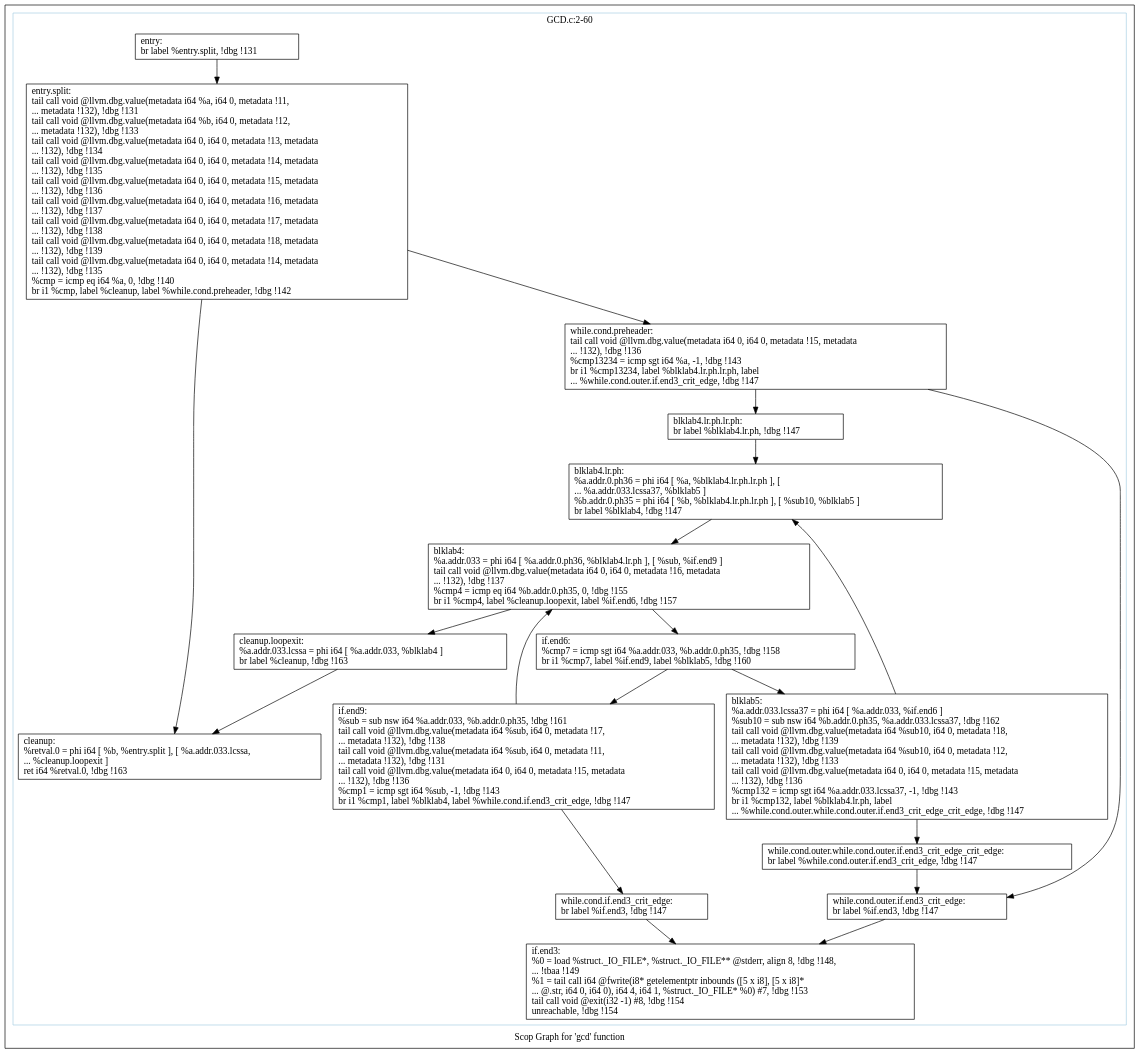
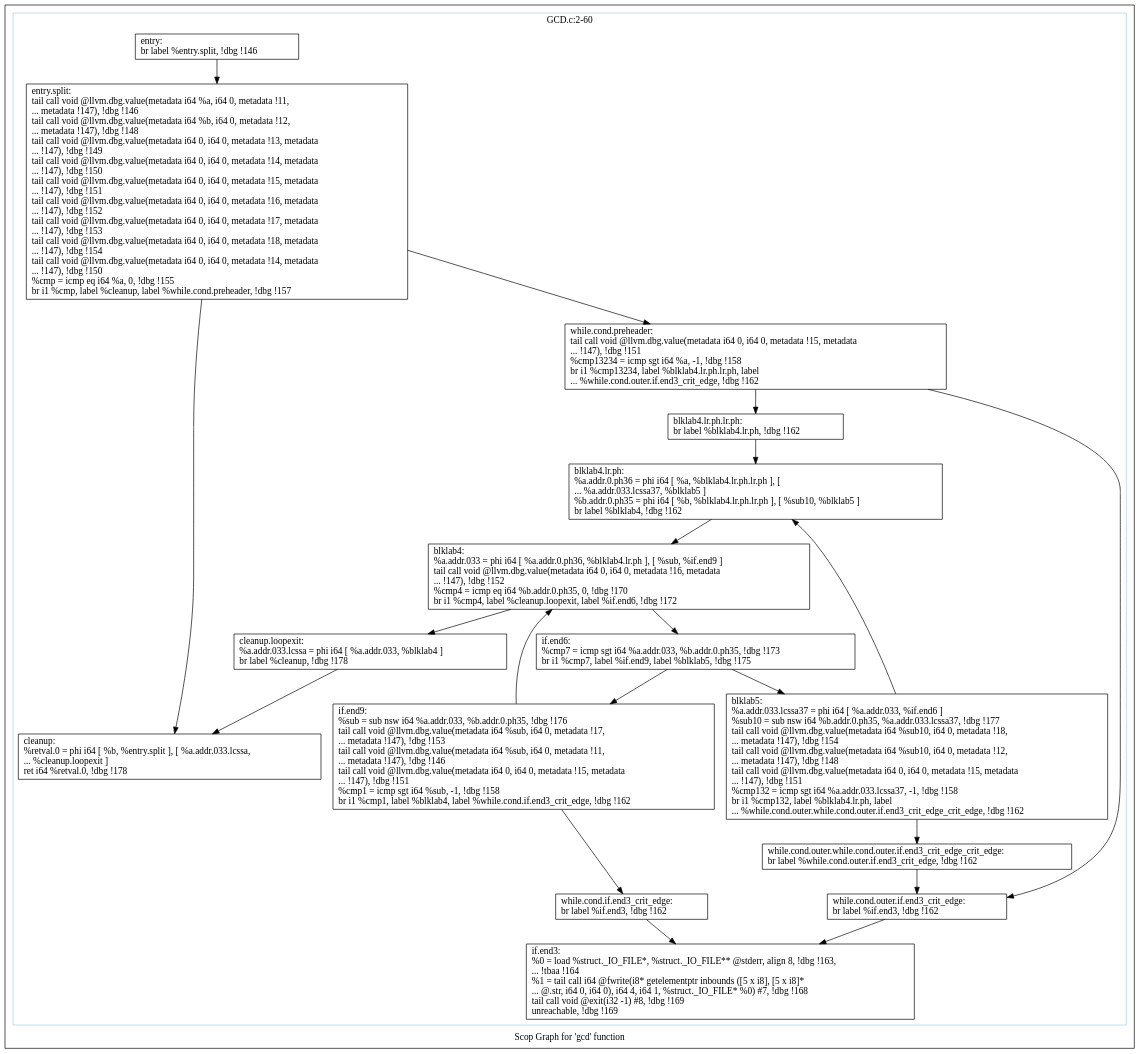
Before and after one commit to samminweng/WhileyOpenCL: the diagram in polly/GCD/impl/autogenerate/dot/scops.gcd.dot, drawn with Graphviz. The commit also changed 44 other files, not shown here.

```diff
--- a/polly/GCD/impl/autogenerate/dot/scops.gcd.dot
+++ b/polly/GCD/impl/autogenerate/dot/scops.gcd.dot
@@ -1,60 +1,60 @@
 digraph "Scop Graph for 'gcd' function" {
 	label="Scop Graph for 'gcd' function";
 
-	Node0xa42c890 [shape=record,label="{entry:\l  br label %entry.split, !dbg !131\l}"];
-	Node0xa42c890 -> Node0xa42ee10;
-	Node0xa42ee10 [shape=record,label="{entry.split:                                      \l  tail call void @llvm.dbg.value(metadata i64 %a, i64 0, metadata !11,\l... metadata !132), !dbg !131\l  tail call void @llvm.dbg.value(metadata i64 %b, i64 0, metadata !12,\l... metadata !132), !dbg !133\l  tail call void @llvm.dbg.value(metadata i64 0, i64 0, metadata !13, metadata\l... !132), !dbg !134\l  tail call void @llvm.dbg.value(metadata i64 0, i64 0, metadata !14, metadata\l... !132), !dbg !135\l  tail call void @llvm.dbg.value(metadata i64 0, i64 0, metadata !15, metadata\l... !132), !dbg !136\l  tail call void @llvm.dbg.value(metadata i64 0, i64 0, metadata !16, metadata\l... !132), !dbg !137\l  tail call void @llvm.dbg.value(metadata i64 0, i64 0, metadata !17, metadata\l... !132), !dbg !138\l  tail call void @llvm.dbg.value(metadata i64 0, i64 0, metadata !18, metadata\l... !132), !dbg !139\l  tail call void @llvm.dbg.value(metadata i64 0, i64 0, metadata !14, metadata\l... !132), !dbg !135\l  %cmp = icmp eq i64 %a, 0, !dbg !140\l  br i1 %cmp, label %cleanup, label %while.cond.preheader, !dbg !142\l}"];
-	Node0xa42ee10 -> Node0xa440b20;
-	Node0xa42ee10 -> Node0xa413b50;
-	Node0xa440b20 [shape=record,label="{cleanup:                                          \l  %retval.0 = phi i64 [ %b, %entry.split ], [ %a.addr.033.lcssa,\l... %cleanup.loopexit ]\l  ret i64 %retval.0, !dbg !163\l}"];
-	Node0xa413b50 [shape=record,label="{while.cond.preheader:                             \l  tail call void @llvm.dbg.value(metadata i64 0, i64 0, metadata !15, metadata\l... !132), !dbg !136\l  %cmp13234 = icmp sgt i64 %a, -1, !dbg !143\l  br i1 %cmp13234, label %blklab4.lr.ph.lr.ph, label\l... %while.cond.outer.if.end3_crit_edge, !dbg !147\l}"];
-	Node0xa413b50 -> Node0xa454940;
-	Node0xa413b50 -> Node0xa46b7a0;
-	Node0xa454940 [shape=record,label="{blklab4.lr.ph.lr.ph:                              \l  br label %blklab4.lr.ph, !dbg !147\l}"];
-	Node0xa454940 -> Node0xa41a230;
-	Node0xa41a230 [shape=record,label="{blklab4.lr.ph:                                    \l  %a.addr.0.ph36 = phi i64 [ %a, %blklab4.lr.ph.lr.ph ], [\l... %a.addr.033.lcssa37, %blklab5 ]\l  %b.addr.0.ph35 = phi i64 [ %b, %blklab4.lr.ph.lr.ph ], [ %sub10, %blklab5 ]\l  br label %blklab4, !dbg !147\l}"];
-	Node0xa41a230 -> Node0xa41afb0;
-	Node0xa41afb0 [shape=record,label="{blklab4:                                          \l  %a.addr.033 = phi i64 [ %a.addr.0.ph36, %blklab4.lr.ph ], [ %sub, %if.end9 ]\l  tail call void @llvm.dbg.value(metadata i64 0, i64 0, metadata !16, metadata\l... !132), !dbg !137\l  %cmp4 = icmp eq i64 %b.addr.0.ph35, 0, !dbg !155\l  br i1 %cmp4, label %cleanup.loopexit, label %if.end6, !dbg !157\l}"];
-	Node0xa41afb0 -> Node0xa46abf0;
-	Node0xa41afb0 -> Node0xa4420f0;
-	Node0xa46abf0 [shape=record,label="{cleanup.loopexit:                                 \l  %a.addr.033.lcssa = phi i64 [ %a.addr.033, %blklab4 ]\l  br label %cleanup, !dbg !163\l}"];
-	Node0xa46abf0 -> Node0xa440b20;
-	Node0xa4420f0 [shape=record,label="{if.end6:                                          \l  %cmp7 = icmp sgt i64 %a.addr.033, %b.addr.0.ph35, !dbg !158\l  br i1 %cmp7, label %if.end9, label %blklab5, !dbg !160\l}"];
-	Node0xa4420f0 -> Node0xa4f3720;
-	Node0xa4420f0 -> Node0xa418920;
-	Node0xa4f3720 [shape=record,label="{if.end9:                                          \l  %sub = sub nsw i64 %a.addr.033, %b.addr.0.ph35, !dbg !161\l  tail call void @llvm.dbg.value(metadata i64 %sub, i64 0, metadata !17,\l... metadata !132), !dbg !138\l  tail call void @llvm.dbg.value(metadata i64 %sub, i64 0, metadata !11,\l... metadata !132), !dbg !131\l  tail call void @llvm.dbg.value(metadata i64 0, i64 0, metadata !15, metadata\l... !132), !dbg !136\l  %cmp1 = icmp sgt i64 %sub, -1, !dbg !143\l  br i1 %cmp1, label %blklab4, label %while.cond.if.end3_crit_edge, !dbg !147\l}"];
-	Node0xa4f3720 -> Node0xa41afb0;
-	Node0xa4f3720 -> Node0xa447630;
-	Node0xa447630 [shape=record,label="{while.cond.if.end3_crit_edge:                     \l  br label %if.end3, !dbg !147\l}"];
-	Node0xa447630 -> Node0xa435ca0;
-	Node0xa435ca0 [shape=record,label="{if.end3:                                          \l  %0 = load %struct._IO_FILE*, %struct._IO_FILE** @stderr, align 8, !dbg !148,\l... !tbaa !149\l  %1 = tail call i64 @fwrite(i8* getelementptr inbounds ([5 x i8], [5 x i8]*\l... @.str, i64 0, i64 0), i64 4, i64 1, %struct._IO_FILE* %0) #7, !dbg !153\l  tail call void @exit(i32 -1) #8, !dbg !154\l  unreachable, !dbg !154\l}"];
-	Node0xa418920 [shape=record,label="{blklab5:                                          \l  %a.addr.033.lcssa37 = phi i64 [ %a.addr.033, %if.end6 ]\l  %sub10 = sub nsw i64 %b.addr.0.ph35, %a.addr.033.lcssa37, !dbg !162\l  tail call void @llvm.dbg.value(metadata i64 %sub10, i64 0, metadata !18,\l... metadata !132), !dbg !139\l  tail call void @llvm.dbg.value(metadata i64 %sub10, i64 0, metadata !12,\l... metadata !132), !dbg !133\l  tail call void @llvm.dbg.value(metadata i64 0, i64 0, metadata !15, metadata\l... !132), !dbg !136\l  %cmp132 = icmp sgt i64 %a.addr.033.lcssa37, -1, !dbg !143\l  br i1 %cmp132, label %blklab4.lr.ph, label\l... %while.cond.outer.while.cond.outer.if.end3_crit_edge_crit_edge, !dbg !147\l}"];
-	Node0xa418920 -> Node0xa41a230;
-	Node0xa418920 -> Node0xa419b60;
-	Node0xa419b60 [shape=record,label="{while.cond.outer.while.cond.outer.if.end3_crit_edge_crit_edge: \l  br label %while.cond.outer.if.end3_crit_edge, !dbg !147\l}"];
-	Node0xa419b60 -> Node0xa46b7a0;
-	Node0xa46b7a0 [shape=record,label="{while.cond.outer.if.end3_crit_edge:               \l  br label %if.end3, !dbg !147\l}"];
-	Node0xa46b7a0 -> Node0xa435ca0;
+	Node0x9c7f4d0 [shape=record,label="{entry:\l  br label %entry.split, !dbg !146\l}"];
+	Node0x9c7f4d0 -> Node0x9c8af30;
+	Node0x9c8af30 [shape=record,label="{entry.split:                                      \l  tail call void @llvm.dbg.value(metadata i64 %a, i64 0, metadata !11,\l... metadata !147), !dbg !146\l  tail call void @llvm.dbg.value(metadata i64 %b, i64 0, metadata !12,\l... metadata !147), !dbg !148\l  tail call void @llvm.dbg.value(metadata i64 0, i64 0, metadata !13, metadata\l... !147), !dbg !149\l  tail call void @llvm.dbg.value(metadata i64 0, i64 0, metadata !14, metadata\l... !147), !dbg !150\l  tail call void @llvm.dbg.value(metadata i64 0, i64 0, metadata !15, metadata\l... !147), !dbg !151\l  tail call void @llvm.dbg.value(metadata i64 0, i64 0, metadata !16, metadata\l... !147), !dbg !152\l  tail call void @llvm.dbg.value(metadata i64 0, i64 0, metadata !17, metadata\l... !147), !dbg !153\l  tail call void @llvm.dbg.value(metadata i64 0, i64 0, metadata !18, metadata\l... !147), !dbg !154\l  tail call void @llvm.dbg.value(metadata i64 0, i64 0, metadata !14, metadata\l... !147), !dbg !150\l  %cmp = icmp eq i64 %a, 0, !dbg !155\l  br i1 %cmp, label %cleanup, label %while.cond.preheader, !dbg !157\l}"];
+	Node0x9c8af30 -> Node0x9c5ae70;
+	Node0x9c8af30 -> Node0x9c84250;
+	Node0x9c5ae70 [shape=record,label="{cleanup:                                          \l  %retval.0 = phi i64 [ %b, %entry.split ], [ %a.addr.033.lcssa,\l... %cleanup.loopexit ]\l  ret i64 %retval.0, !dbg !178\l}"];
+	Node0x9c84250 [shape=record,label="{while.cond.preheader:                             \l  tail call void @llvm.dbg.value(metadata i64 0, i64 0, metadata !15, metadata\l... !147), !dbg !151\l  %cmp13234 = icmp sgt i64 %a, -1, !dbg !158\l  br i1 %cmp13234, label %blklab4.lr.ph.lr.ph, label\l... %while.cond.outer.if.end3_crit_edge, !dbg !162\l}"];
+	Node0x9c84250 -> Node0x9c54f80;
+	Node0x9c84250 -> Node0x9c7e550;
+	Node0x9c54f80 [shape=record,label="{blklab4.lr.ph.lr.ph:                              \l  br label %blklab4.lr.ph, !dbg !162\l}"];
+	Node0x9c54f80 -> Node0x9cc68a0;
+	Node0x9cc68a0 [shape=record,label="{blklab4.lr.ph:                                    \l  %a.addr.0.ph36 = phi i64 [ %a, %blklab4.lr.ph.lr.ph ], [\l... %a.addr.033.lcssa37, %blklab5 ]\l  %b.addr.0.ph35 = phi i64 [ %b, %blklab4.lr.ph.lr.ph ], [ %sub10, %blklab5 ]\l  br label %blklab4, !dbg !162\l}"];
+	Node0x9cc68a0 -> Node0x9c53570;
+	Node0x9c53570 [shape=record,label="{blklab4:                                          \l  %a.addr.033 = phi i64 [ %a.addr.0.ph36, %blklab4.lr.ph ], [ %sub, %if.end9 ]\l  tail call void @llvm.dbg.value(metadata i64 0, i64 0, metadata !16, metadata\l... !147), !dbg !152\l  %cmp4 = icmp eq i64 %b.addr.0.ph35, 0, !dbg !170\l  br i1 %cmp4, label %cleanup.loopexit, label %if.end6, !dbg !172\l}"];
+	Node0x9c53570 -> Node0x9c65c10;
+	Node0x9c53570 -> Node0x9ca6e50;
+	Node0x9c65c10 [shape=record,label="{cleanup.loopexit:                                 \l  %a.addr.033.lcssa = phi i64 [ %a.addr.033, %blklab4 ]\l  br label %cleanup, !dbg !178\l}"];
+	Node0x9c65c10 -> Node0x9c5ae70;
+	Node0x9ca6e50 [shape=record,label="{if.end6:                                          \l  %cmp7 = icmp sgt i64 %a.addr.033, %b.addr.0.ph35, !dbg !173\l  br i1 %cmp7, label %if.end9, label %blklab5, !dbg !175\l}"];
+	Node0x9ca6e50 -> Node0x9c79cd0;
+	Node0x9ca6e50 -> Node0x9c65250;
+	Node0x9c79cd0 [shape=record,label="{if.end9:                                          \l  %sub = sub nsw i64 %a.addr.033, %b.addr.0.ph35, !dbg !176\l  tail call void @llvm.dbg.value(metadata i64 %sub, i64 0, metadata !17,\l... metadata !147), !dbg !153\l  tail call void @llvm.dbg.value(metadata i64 %sub, i64 0, metadata !11,\l... metadata !147), !dbg !146\l  tail call void @llvm.dbg.value(metadata i64 0, i64 0, metadata !15, metadata\l... !147), !dbg !151\l  %cmp1 = icmp sgt i64 %sub, -1, !dbg !158\l  br i1 %cmp1, label %blklab4, label %while.cond.if.end3_crit_edge, !dbg !162\l}"];
+	Node0x9c79cd0 -> Node0x9c53570;
+	Node0x9c79cd0 -> Node0x9c76e00;
+	Node0x9c76e00 [shape=record,label="{while.cond.if.end3_crit_edge:                     \l  br label %if.end3, !dbg !162\l}"];
+	Node0x9c76e00 -> Node0x9c6b540;
+	Node0x9c6b540 [shape=record,label="{if.end3:                                          \l  %0 = load %struct._IO_FILE*, %struct._IO_FILE** @stderr, align 8, !dbg !163,\l... !tbaa !164\l  %1 = tail call i64 @fwrite(i8* getelementptr inbounds ([5 x i8], [5 x i8]*\l... @.str, i64 0, i64 0), i64 4, i64 1, %struct._IO_FILE* %0) #7, !dbg !168\l  tail call void @exit(i32 -1) #8, !dbg !169\l  unreachable, !dbg !169\l}"];
+	Node0x9c65250 [shape=record,label="{blklab5:                                          \l  %a.addr.033.lcssa37 = phi i64 [ %a.addr.033, %if.end6 ]\l  %sub10 = sub nsw i64 %b.addr.0.ph35, %a.addr.033.lcssa37, !dbg !177\l  tail call void @llvm.dbg.value(metadata i64 %sub10, i64 0, metadata !18,\l... metadata !147), !dbg !154\l  tail call void @llvm.dbg.value(metadata i64 %sub10, i64 0, metadata !12,\l... metadata !147), !dbg !148\l  tail call void @llvm.dbg.value(metadata i64 0, i64 0, metadata !15, metadata\l... !147), !dbg !151\l  %cmp132 = icmp sgt i64 %a.addr.033.lcssa37, -1, !dbg !158\l  br i1 %cmp132, label %blklab4.lr.ph, label\l... %while.cond.outer.while.cond.outer.if.end3_crit_edge_crit_edge, !dbg !162\l}"];
+	Node0x9c65250 -> Node0x9cc68a0;
+	Node0x9c65250 -> Node0x9c73890;
+	Node0x9c73890 [shape=record,label="{while.cond.outer.while.cond.outer.if.end3_crit_edge_crit_edge: \l  br label %while.cond.outer.if.end3_crit_edge, !dbg !162\l}"];
+	Node0x9c73890 -> Node0x9c7e550;
+	Node0x9c7e550 [shape=record,label="{while.cond.outer.if.end3_crit_edge:               \l  br label %if.end3, !dbg !162\l}"];
+	Node0x9c7e550 -> Node0x9c6b540;
 	colorscheme = "paired12"
-        subgraph cluster_0xa42efb0 {
+        subgraph cluster_0x9cb34e0 {
           label = "GCD.c:2-60
 ";
           style = solid;
           color = 1
-          Node0xa42c890;
-          Node0xa42ee10;
-          Node0xa440b20;
-          Node0xa413b50;
-          Node0xa454940;
-          Node0xa41a230;
-          Node0xa41afb0;
-          Node0xa46abf0;
-          Node0xa4420f0;
-          Node0xa4f3720;
-          Node0xa447630;
-          Node0xa435ca0;
-          Node0xa418920;
-          Node0xa419b60;
-          Node0xa46b7a0;
+          Node0x9c7f4d0;
+          Node0x9c8af30;
+          Node0x9c5ae70;
+          Node0x9c84250;
+          Node0x9c54f80;
+          Node0x9cc68a0;
+          Node0x9c53570;
+          Node0x9c65c10;
+          Node0x9ca6e50;
+          Node0x9c79cd0;
+          Node0x9c76e00;
+          Node0x9c6b540;
+          Node0x9c65250;
+          Node0x9c73890;
+          Node0x9c7e550;
         }
 }
```
